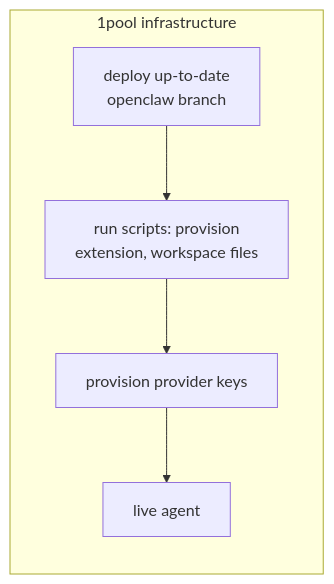
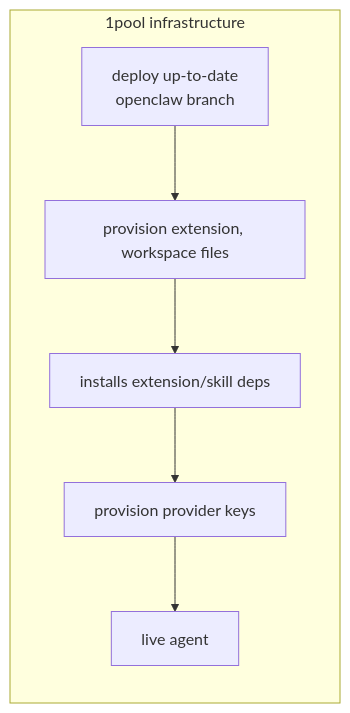
One commit to xmtplabs/convos-managed-agent-runtime changed the diagram in README.md. Above: the diagram before and after it, drawn with Mermaid. The commit also changed other lines of this file and 9 other files, not shown here.

````diff
--- a/README.md
+++ b/README.md
@@ -6,10 +6,11 @@
 ```mermaid
 flowchart LR
   subgraph 1pool["1pool infrastructure"]
     A[deploy up-to-date<br/>openclaw branch]
-    B[run scripts: provision<br/>extension, workspace files]
-    C[provision provider keys]
-    D[live agent]
-    A --> B --> C --> D
+    B[provision extension, workspace files]
+    C[installs extension/skill deps]
+    D[provision provider keys]
+    E[live agent]
+    A --> B --> C --> D --> E
   end
 ```
````
